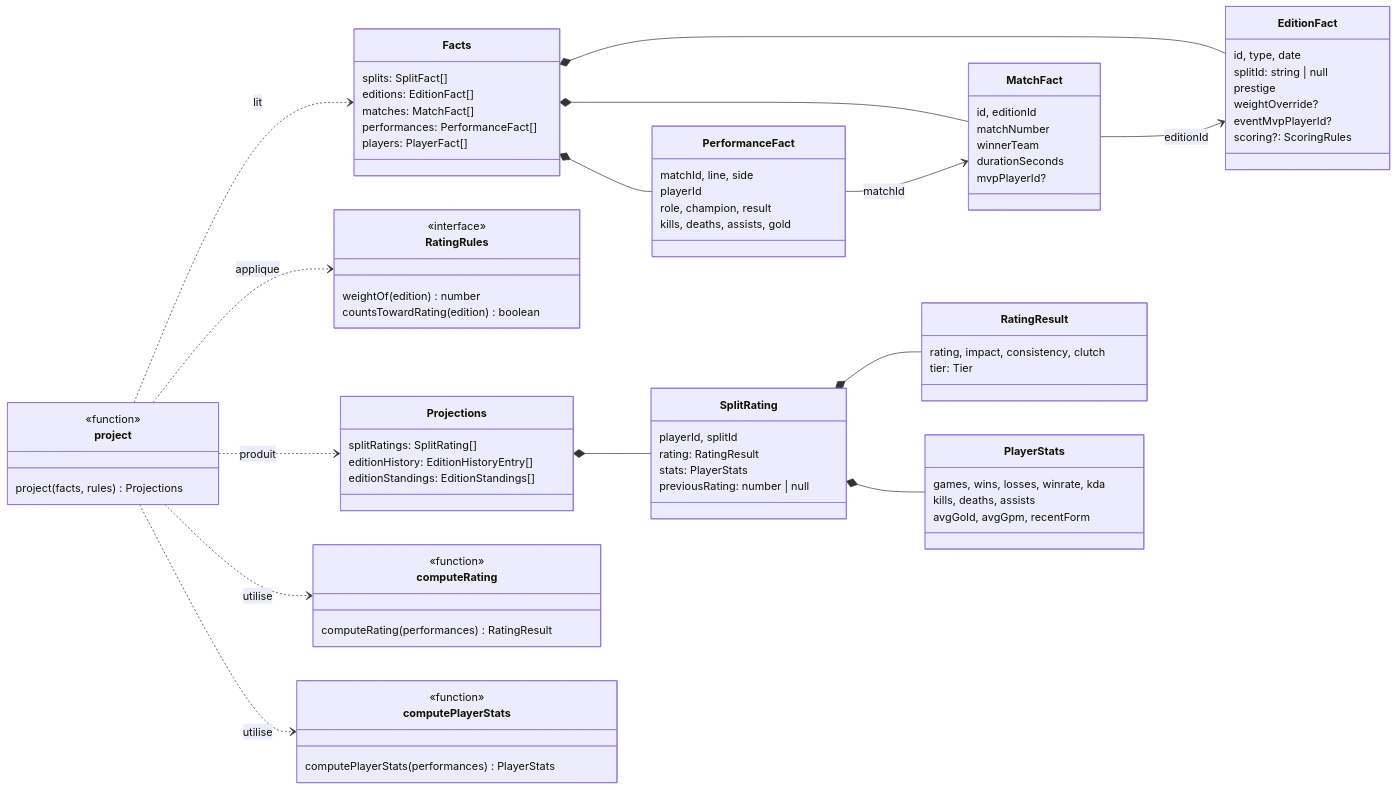
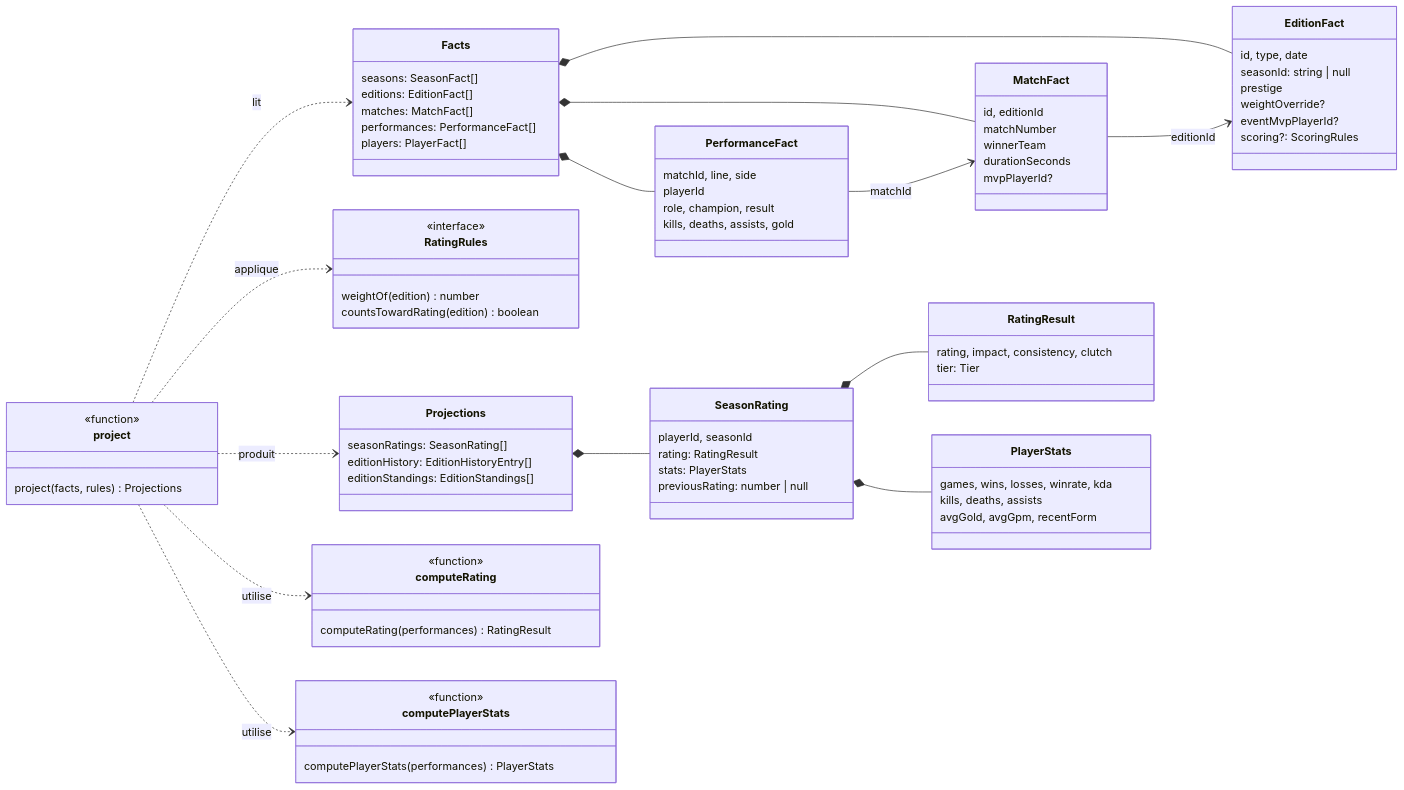
The fifth of 5 diagrams in docs/architecture/c4.md (Charkx/Arrakard), drawn with Mermaid before and after one commit. The commit also changed other lines of this file and 5 other files, not shown here.

First line of the commit message:
docs: l'architecture décrit la saison seule

````diff
--- a/docs/architecture/c4.md
+++ b/docs/architecture/c4.md
@@ -169,7 +169,7 @@
   direction LR
 
   class Facts {
-    splits: SplitFact[]
+    seasons: SeasonFact[]
     editions: EditionFact[]
     matches: MatchFact[]
     performances: PerformanceFact[]
@@ -177,7 +177,7 @@
   }
   class EditionFact {
     id, type, date
-    splitId: string | null
+    seasonId: string | null
     prestige
     weightOverride?
     eventMvpPlayerId?
@@ -202,12 +202,12 @@
     countsTowardRating(edition) boolean
   }
   class Projections {
-    splitRatings: SplitRating[]
+    seasonRatings: SeasonRating[]
     editionHistory: EditionHistoryEntry[]
     editionStandings: EditionStandings[]
   }
-  class SplitRating {
-    playerId, splitId
+  class SeasonRating {
+    playerId, seasonId
     rating: RatingResult
     stats: PlayerStats
     previousRating: number | null
@@ -244,7 +244,7 @@
   project ..> Projections : produit
   project ..> computeRating : utilise
   project ..> computePlayerStats : utilise
-  Projections *-- SplitRating
-  SplitRating *-- RatingResult
-  SplitRating *-- PlayerStats
+  Projections *-- SeasonRating
+  SeasonRating *-- RatingResult
+  SeasonRating *-- PlayerStats
 ```
````
